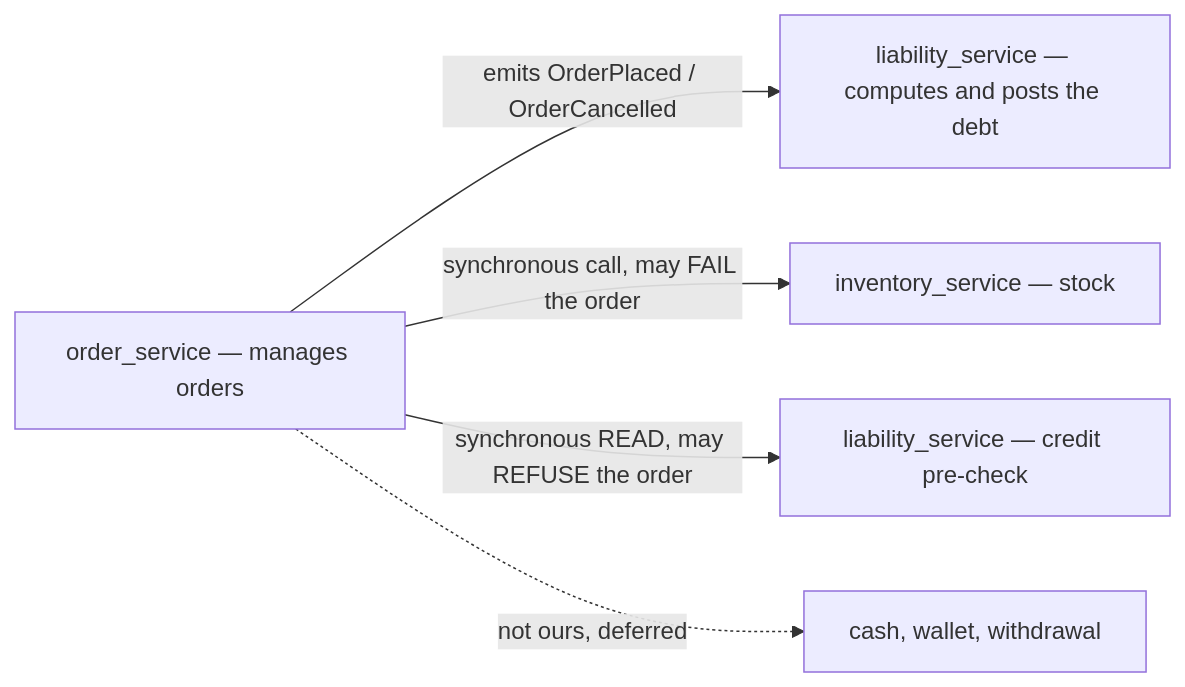
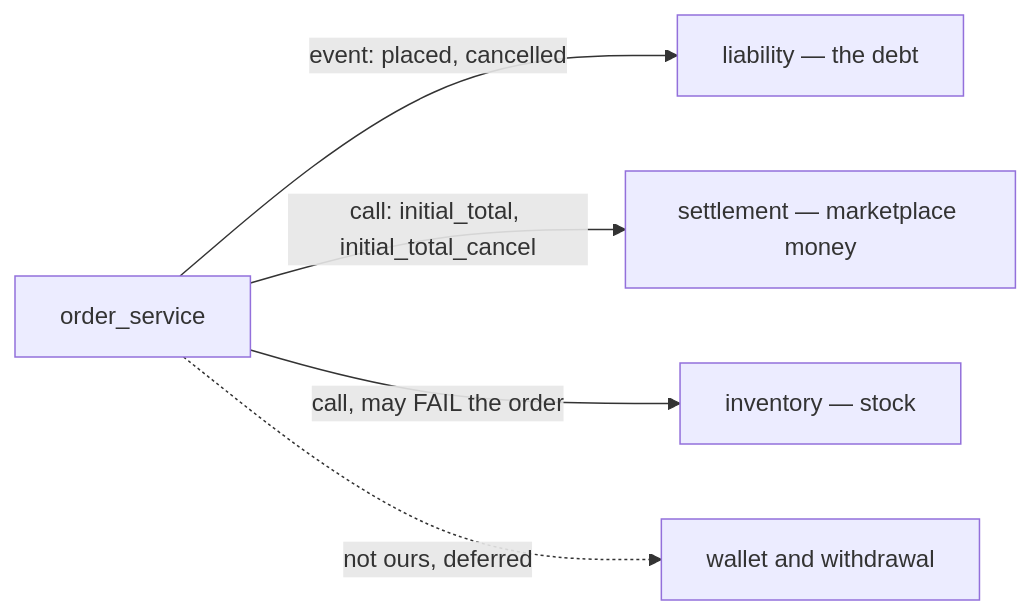
Before and after one commit to pdcgo/warehouse_revamp: the first of 6 diagrams in docs/business/order/context_clarify.md, drawn with Mermaid. The commit also changed other lines of this file and 24 other files, not shown here.

````diff
--- a/docs/business/order/context_clarify.md
+++ b/docs/business/order/context_clarify.md
@@ -182,9 +55,9 @@
 ```mermaid
 flowchart LR
-  OS["order_service — manages orders"]
-  OS -->|"emits OrderPlaced / OrderCancelled"| LS["liability_service — computes and posts the debt"]
-  OS -->|"synchronous call, may FAIL the order"| INV["inventory_service — stock"]
-  OS -->|"synchronous READ, may REFUSE the order"| CC["liability_service — credit pre-check"]
-  CASH["cash, wallet, withdrawal"]
+  OS["order_service"]
+  OS -->|"event: placed, cancelled"| LS["liability — the debt"]
+  OS -->|"call: initial_total, initial_total_cancel"| SS["settlement — marketplace money"]
+  OS -->|"call, may FAIL the order"| INV["inventory — stock"]
+  CASH["wallet and withdrawal"]
   OS -.->|"not ours, deferred"| CASH
 ```
````
